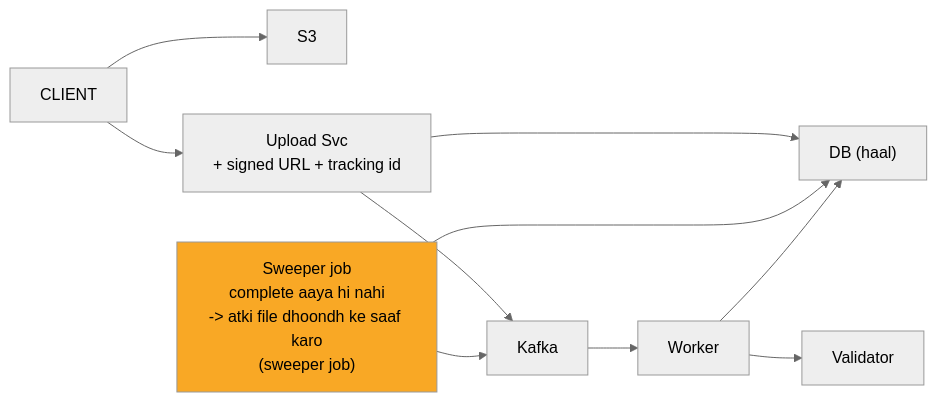
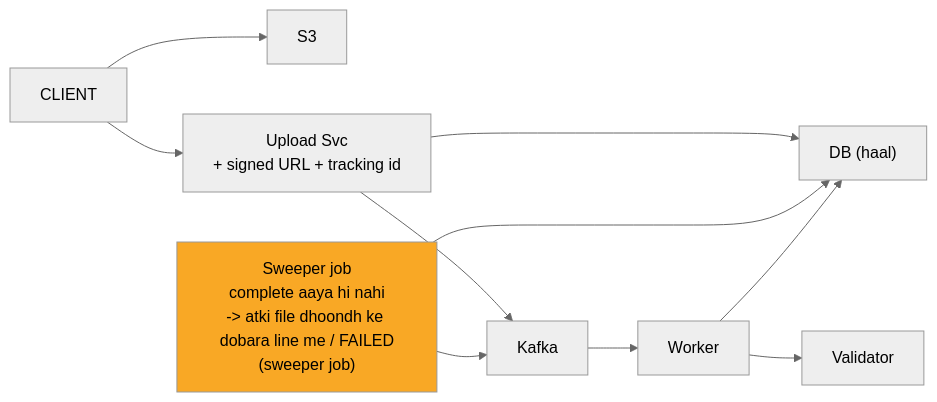
Before and after one commit to ArpanMaheshwari144/Prep: the fifth of 11 diagrams in 04_HLD/SYSTEM_DESIGNS/07_file_upload_validate_system/07_file_upload_INTERVIEW.md, drawn with Mermaid (neutral theme). The commit also changed other lines of this file and 13 other files, not shown here.

````diff
--- a/04_HLD/SYSTEM_DESIGNS/07_file_upload_validate_system/07_file_upload_INTERVIEW.md
+++ b/04_HLD/SYSTEM_DESIGNS/07_file_upload_validate_system/07_file_upload_INTERVIEW.md
@@ -212,21 +212,21 @@
 ```mermaid
 flowchart LR
     n_CLIENT["CLIENT"]
     n_S3["S3"]
     n_Upload_Svc["Upload Svc<br/>+ signed URL + tracking id"]
     n_DB["DB (haal)"]
-    n_Sweeper_job["Sweeper job<br/>complete aaya hi nahi<br/>-> atki file dhoondh ke saaf karo<br/>(sweeper job)"]
+    n_Sweeper_job["Sweeper job<br/>complete aaya hi nahi<br/>-> atki file dhoondh ke dobara line me / FAILED<br/>(sweeper job)"]
     n_Kafka["Kafka"]
     n_Worker["Worker"]
     n_Validator["Validator"]
     n_CLIENT --> n_S3
     n_CLIENT --> n_Upload_Svc
     n_Upload_Svc --> n_DB
     n_Upload_Svc --> n_Kafka
     n_Sweeper_job --> n_DB
     n_Sweeper_job --> n_Kafka
     n_Kafka --> n_Worker
     n_Worker --> n_Validator
     n_Worker --> n_DB
     style n_Sweeper_job fill:#f9a825,color:#000
 ```
````
